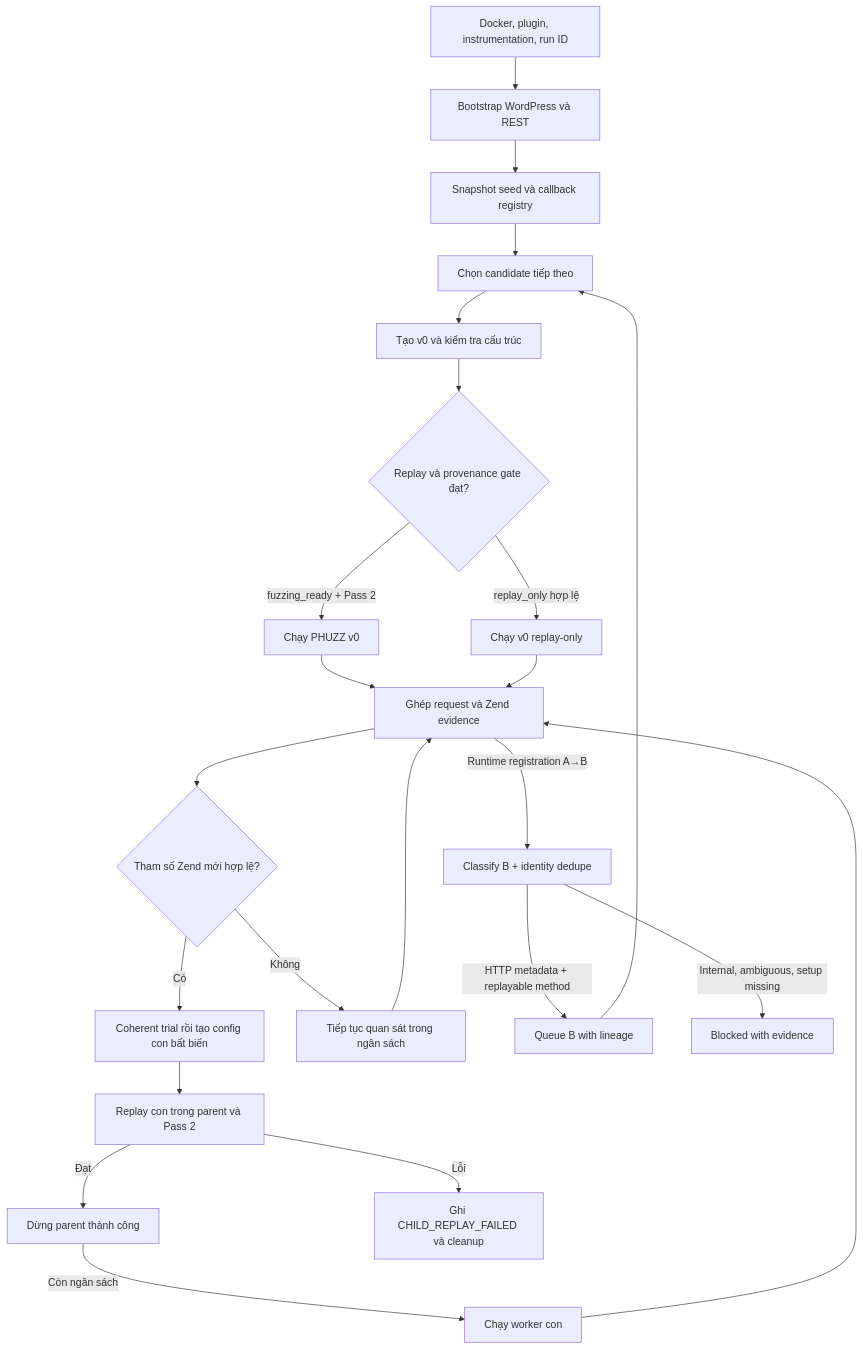
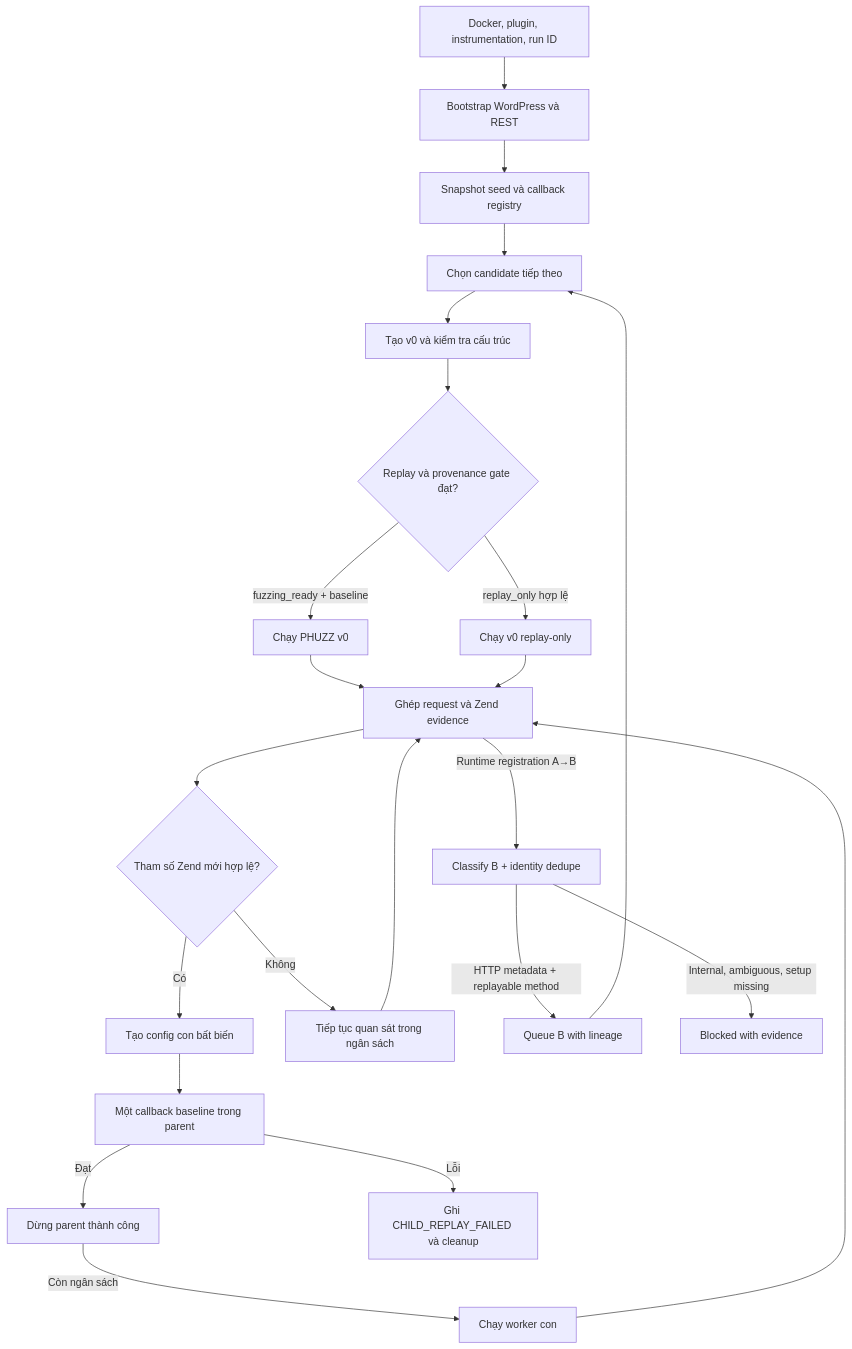
Before and after one commit to Harupip/Phuzz-hook: the diagram in phuzz-main/code/docs/guides/online-linked-flow.md, drawn with Mermaid. The commit also changed other lines of this file and 14 other files, not shown here.

First line of the commit message:
refactor(online-linked): replace trials and Pass 2 with callback baseline

````diff
--- a/phuzz-main/code/docs/guides/online-linked-flow.md
+++ b/phuzz-main/code/docs/guides/online-linked-flow.md
@@ -25,25 +25,25 @@
 ```mermaid
 flowchart TD
     A[Docker, plugin, instrumentation, run ID] --> B[Bootstrap WordPress và REST]
     B --> C[Snapshot seed và callback registry]
     C --> D[Chọn candidate tiếp theo]
     D --> E[Tạo v0 và kiểm tra cấu trúc]
     E --> F{Replay và provenance gate đạt?}
-    F -->|fuzzing_ready + Pass 2| G[Chạy PHUZZ v0]
+    F -->|fuzzing_ready + baseline| G[Chạy PHUZZ v0]
     F -->|replay_only hợp lệ| H[Chạy v0 replay-only]
     G --> I[Ghép request và Zend evidence]
     H --> I
     I --> J{Tham số Zend mới hợp lệ?}
-    J -->|Có| K[Coherent trial rồi tạo config con bất biến]
-    K --> M[Replay con trong parent và Pass 2]
+    J -->|Có| K[Tạo config con bất biến]
+    K --> M[Một callback baseline trong parent]
     M -->|Đạt| L[Dừng parent thành công]
     L -->|Còn ngân sách| G2[Chạy worker con]
     G2 --> I
     M -->|Lỗi| R[Ghi CHILD_REPLAY_FAILED và cleanup]
     J -->|Không| N[Tiếp tục quan sát trong ngân sách]
     N --> I
     I -->|Runtime registration A→B| X[Classify B + identity dedupe]
     X -->|HTTP metadata + replayable method| Y[Queue B with lineage]
     X -->|Internal, ambiguous, setup missing| Z[Blocked with evidence]
     Y --> D
 ```
````
